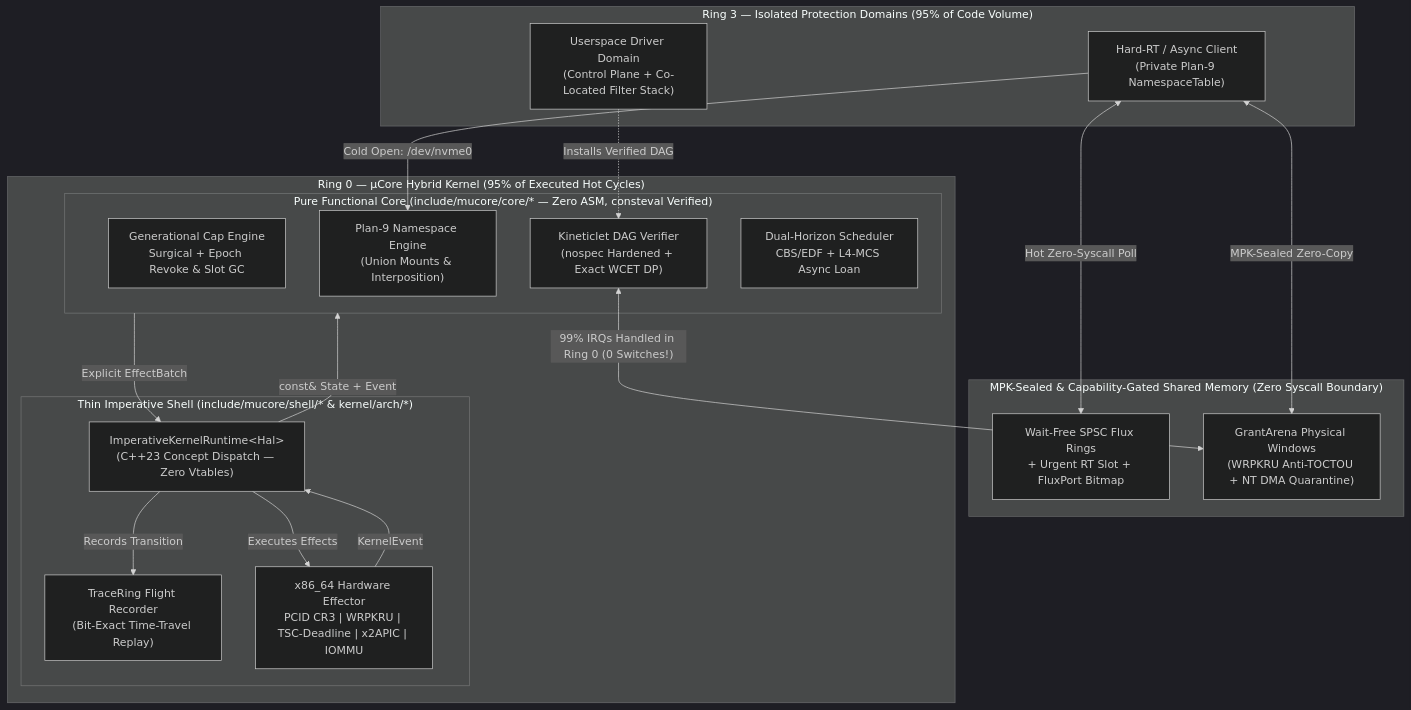
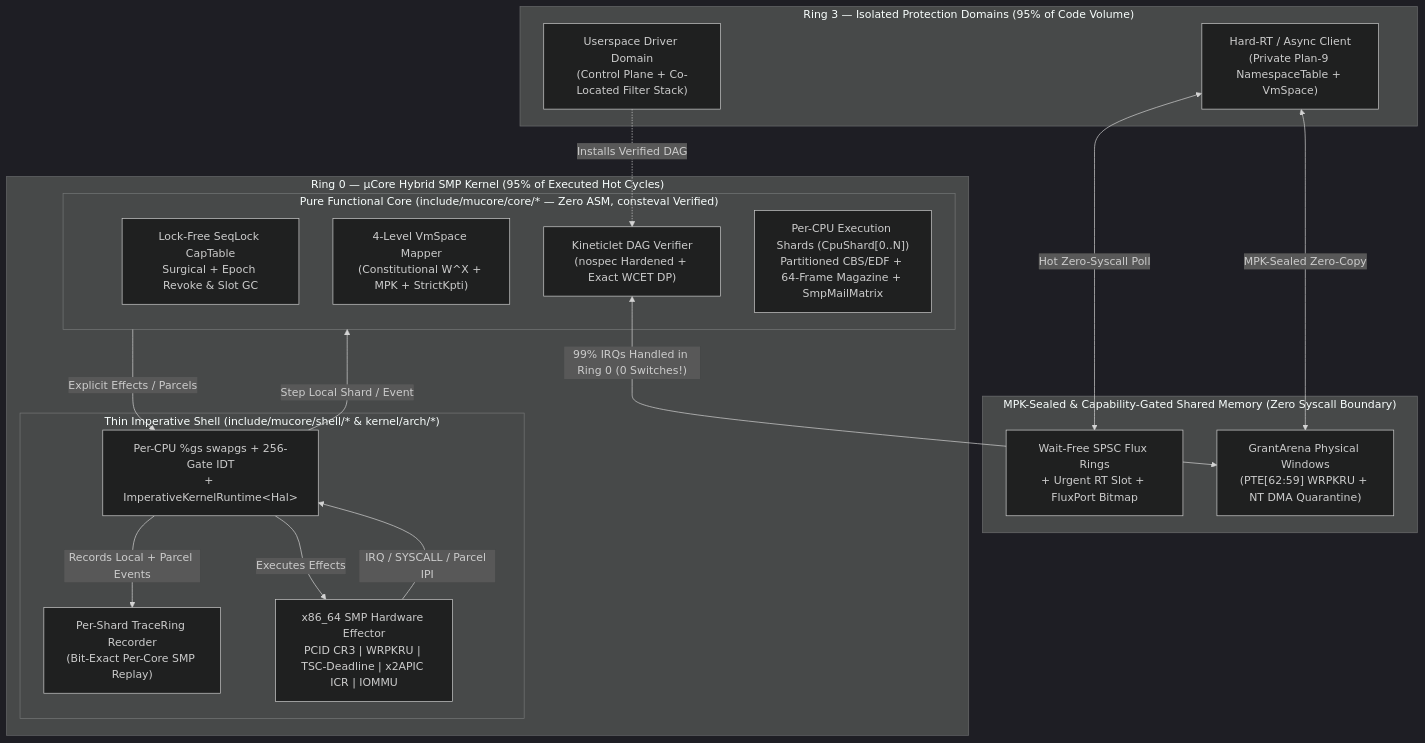
One commit to DancinGhost/mucore-kernel changed the diagram in README.md. Above: the diagram before and after it, drawn with Mermaid (dark theme). The commit also changed other lines of this file and 17 other files, not shown here.

Commit message:
Implement Phase 2: Hybrid SMP Sharding, 4-Level VmSpace, Magazines & x86_64 SMP

````diff
--- a/README.md
+++ b/README.md
@@ -52,38 +64,37 @@
 ```mermaid
 flowchart TB
     subgraph Ring3["Ring 3 — Isolated Protection Domains (95% of Code Volume)"]
-        App["Hard-RT / Async Client<br/>(Private Plan-9 NamespaceTable)"]
+        App["Hard-RT / Async Client<br/>(Private Plan-9 NamespaceTable + VmSpace)"]
         DrvCtrl["Userspace Driver Domain<br/>(Control Plane + Co-Located Filter Stack)"]
     end
 
     subgraph SharedMem["MPK-Sealed & Capability-Gated Shared Memory (Zero Syscall Boundary)"]
         Flux["Wait-Free SPSC Flux Rings<br/>+ Urgent RT Slot + FluxPort Bitmap"]
-        Arena["GrantArena Physical Windows<br/>(WRPKRU Anti-TOCTOU + NT DMA Quarantine)"]
+        Arena["GrantArena Physical Windows<br/>(PTE[62:59] WRPKRU + NT DMA Quarantine)"]
     end
 
-    subgraph Ring0["Ring 0 — μCore Hybrid Kernel (95% of Executed Hot Cycles)"]
+    subgraph Ring0["Ring 0 — μCore Hybrid SMP Kernel (95% of Executed Hot Cycles)"]
         subgraph Core["Pure Functional Core (include/mucore/core/* — Zero ASM, consteval Verified)"]
-            Cap["Generational Cap Engine<br/>Surgical + Epoch Revoke & Slot GC"]
-            NS["Plan-9 Namespace Engine<br/>(Union Mounts & Interposition)"]
+            Cap["Lock-Free SeqLock CapTable<br/>Surgical + Epoch Revoke & Slot GC"]
+            Vm["4-Level VmSpace Mapper<br/>(Constitutional W^X + MPK + StrictKpti)"]
             Kinetic["Kineticlet DAG Verifier<br/>(nospec Hardened + Exact WCET DP)"]
-            Sched["Dual-Horizon Scheduler<br/>CBS/EDF + L4-MCS Async Loan"]
+            Shards["Per-CPU Execution Shards (CpuShard[0..N])<br/>Partitioned CBS/EDF + 64-Frame Magazine + SmpMailMatrix"]
         end
 
         subgraph Shell["Thin Imperative Shell (include/mucore/shell/* & kernel/arch/*)"]
-            Runtime["ImperativeKernelRuntime&lt;Hal&gt;<br/>(C++23 Concept Dispatch — Zero Vtables)"]
-            Trace["TraceRing Flight Recorder<br/>(Bit-Exact Time-Travel Replay)"]
-            HW["x86_64 Hardware Effector<br/>PCID CR3 | WRPKRU | TSC-Deadline | x2APIC | IOMMU"]
+            Runtime["Per-CPU %gs swapgs + 256-Gate IDT<br/>+ ImperativeKernelRuntime&lt;Hal&gt;"]
+            Trace["Per-Shard TraceRing Recorder<br/>(Bit-Exact Per-Core SMP Replay)"]
+            HW["x86_64 SMP Hardware Effector<br/>PCID CR3 | WRPKRU | TSC-Deadline | x2APIC ICR | IOMMU"]
         end
     end
 
-    App -->|"Cold Open: /dev/nvme0"| NS
     App <-->|"Hot Zero-Syscall Poll"| Flux
     App <-->|"MPK-Sealed Zero-Copy"| Arena
     DrvCtrl -.->|"Installs Verified DAG"| Kinetic
-    HW -->|"KernelEvent"| Runtime
-    Runtime -->|"const& State + Event"| Core
-    Core -->|"Explicit EffectBatch"| Runtime
-    Runtime -->|"Records Transition"| Trace
+    HW -->|"IRQ / SYSCALL / Parcel IPI"| Runtime
+    Runtime -->|"Step Local Shard / Event"| Core
+    Core -->|"Explicit Effects / Parcels"| Runtime
+    Runtime -->|"Records Local + Parcel Events"| Trace
     Runtime -->|"Executes Effects"| HW
     Kinetic <-->|"99% IRQs Handled in Ring 0 (0 Switches!)"| Arena
 ```
````
